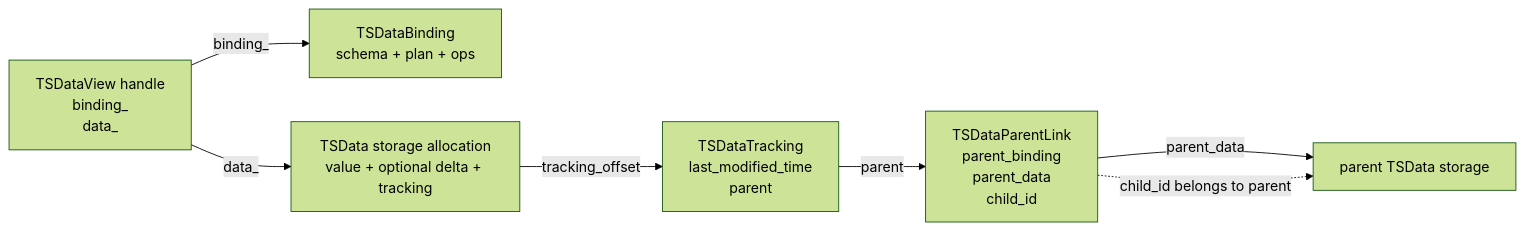
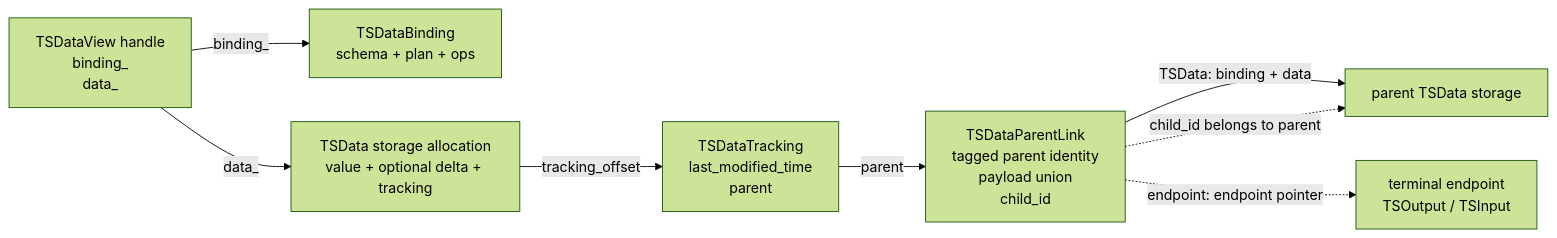
One commit to hhenson/hg_cpp changed the fifth of 8 diagrams in docs/source/developer_guide/data_structures/plans_and_ops/time_series.rst. Above: the diagram before and after it, drawn with Mermaid (forest theme). The commit also changed other lines of this file and 12 other files, not shown here.

```diff
--- a/docs/source/developer_guide/data_structures/plans_and_ops/time_series.rst
+++ b/docs/source/developer_guide/data_structures/plans_and_ops/time_series.rst
@@ -496,16 +501,18 @@
 .. mermaid::
 
    flowchart LR
       View["TSDataView handle<br/>binding_<br/>data_"]
       Binding["TSDataBinding<br/>schema + plan + ops"]
       Data["TSData storage allocation<br/>value + optional delta + tracking"]
       Tracking["TSDataTracking<br/>last_modified_time<br/>parent"]
-      Link["TSDataParentLink<br/>parent_binding<br/>parent_data<br/>child_id"]
+      Link["TSDataParentLink<br/>tagged parent identity<br/>payload union<br/>child_id"]
       ParentData["parent TSData storage"]
+      Endpoint["terminal endpoint<br/>TSOutput / TSInput"]
 
       View -->|binding_| Binding
       View -->|data_| Data
       Data -->|tracking_offset| Tracking
       Tracking -->|parent| Link
-      Link -->|parent_data| ParentData
+      Link -->|TSData: binding + data| ParentData
+      Link -.endpoint: endpoint pointer.-> Endpoint
       Link -.child_id belongs to parent.-> ParentData
```
